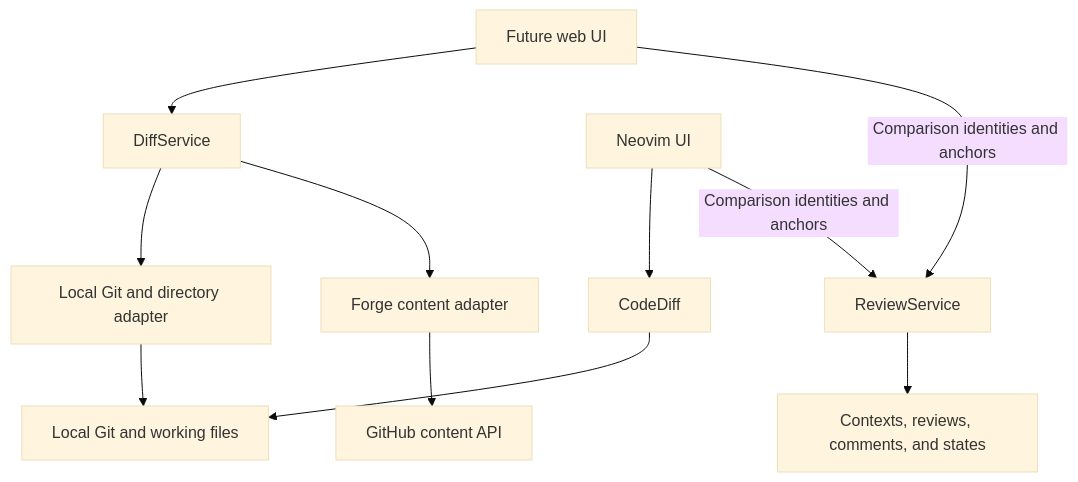
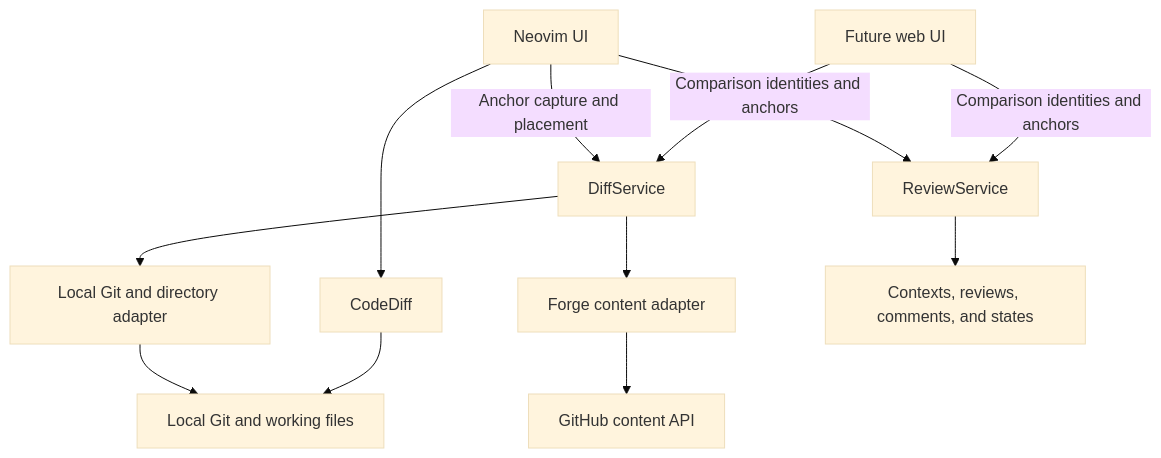
Before and after one commit to difflab-io/lgtm: the third of 5 diagrams in docs/architecture/backend/diffs.md, drawn with Mermaid (base theme). The commit also changed other lines of this file and 119 other files, not shown here.

````diff
--- a/docs/architecture/backend/diffs.md
+++ b/docs/architecture/backend/diffs.md
@@ -74,13 +80,14 @@
 ```mermaid
 flowchart TB
     Web["Future web UI"] --> Diff["DiffService"]
     Nvim["Neovim UI"] --> CodeDiff["CodeDiff"]
+    Nvim -->|"Anchor capture and placement"| Diff
     Diff --> Local["Local Git and directory adapter"]
     Diff --> Forge["Forge content adapter"]
     CodeDiff --> Git["Local Git and working files"]
     Local --> Git
     Forge --> GH["GitHub content API"]
     Web -->|"Comparison identities and anchors"| Review["ReviewService"]
     Nvim -->|"Comparison identities and anchors"| Review
     Review --> Data["Contexts, reviews, comments, and states"]
 ```
````
